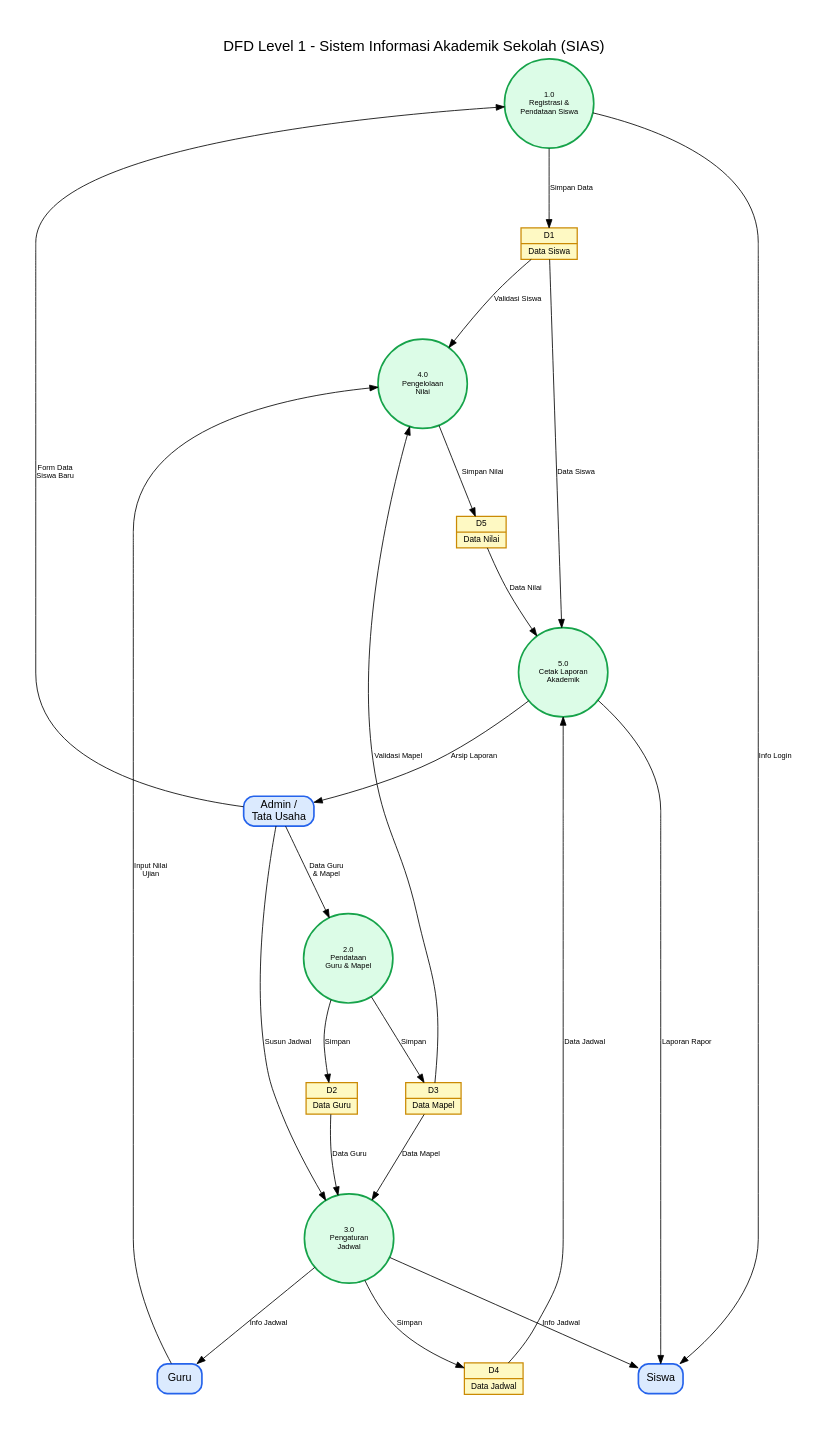
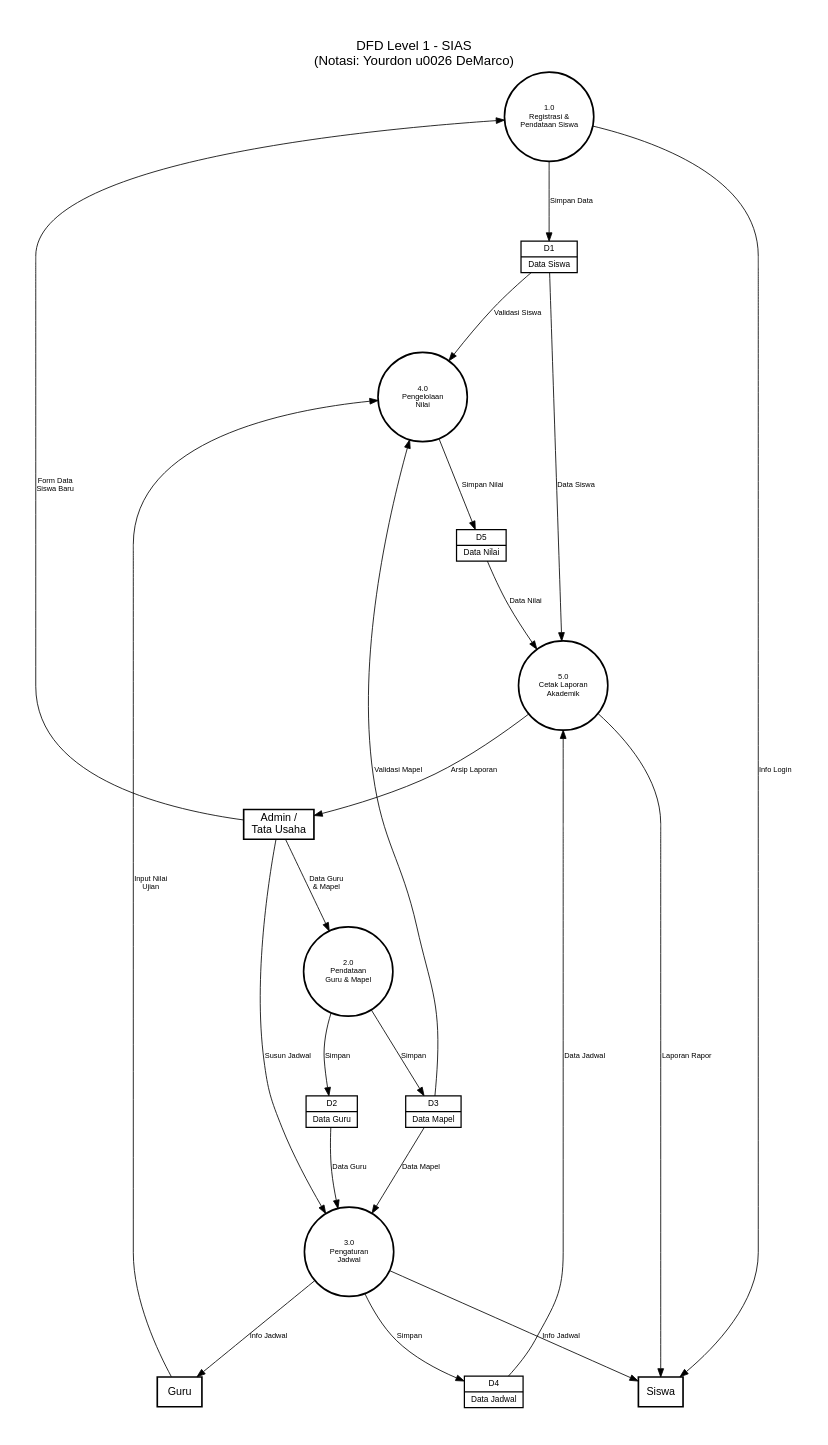
The diagram in graphviz/dfd_level_1.dot (Aruh1/sias), drawn with Graphviz before and after one commit. The commit also changed 15 other files, not shown here.

Commit message:
update to Yourdon/DeMarco

```diff
--- a/graphviz/dfd_level_1.dot
+++ b/graphviz/dfd_level_1.dot
@@ -1,72 +1,67 @@
 // DFD Level 1 - Sistem Informasi Akademik Sekolah (SIAS)
+// Notasi: Yourdon & DeMarco
+// Data Store = record terbuka (dua garis paralel)
 digraph DFD_Level_1 {
     graph [bgcolor=white, fontname="Arial", pad=0.5, nodesep=0.8, ranksep=1.2,
-           label="DFD Level 1 - Sistem Informasi Akademik Sekolah (SIAS)",
-           labelloc=t, fontsize=18, fontcolor=black];
+           label="DFD Level 1 - SIAS\n(Notasi: Yourdon \u0026 DeMarco)",
+           labelloc=t, fontsize=16, fontcolor=black];
     node [fontname="Arial", fontcolor=black, color=black];
     edge [fontname="Arial", fontcolor=black, color=black, fontsize=9];
 
-    // ── Entitas Eksternal ──
-    Siswa [shape=box, style="filled,rounded", fillcolor="#dbeafe", color="#2563eb",
-           label="Siswa", fontsize=13, penwidth=2];
-    Guru [shape=box, style="filled,rounded", fillcolor="#dbeafe", color="#2563eb",
-          label="Guru", fontsize=13, penwidth=2];
-    Admin [shape=box, style="filled,rounded", fillcolor="#dbeafe", color="#2563eb",
-           label="Admin /\nTata Usaha", fontsize=13, penwidth=2];
+    // ── Entitas Eksternal (kotak persegi) ──
+    Siswa [shape=box, label="Siswa", fontsize=13, penwidth=2];
+    Guru [shape=box, label="Guru", fontsize=13, penwidth=2];
+    Admin [shape=box, label="Admin /\nTata Usaha", fontsize=13, penwidth=2];
 
-    // ── Proses ──
-    P1 [shape=circle, style=filled, fillcolor="#dcfce7", color="#16a34a",
-        label="1.0\nRegistrasi &\nPendataan Siswa", fontsize=9, penwidth=2, width=1.5, fixedsize=true];
-    P2 [shape=circle, style=filled, fillcolor="#dcfce7", color="#16a34a",
-        label="2.0\nPendataan\nGuru & Mapel", fontsize=9, penwidth=2, width=1.5, fixedsize=true];
-    P3 [shape=circle, style=filled, fillcolor="#dcfce7", color="#16a34a",
-        label="3.0\nPengaturan\nJadwal", fontsize=9, penwidth=2, width=1.5, fixedsize=true];
-    P4 [shape=circle, style=filled, fillcolor="#dcfce7", color="#16a34a",
-        label="4.0\nPengelolaan\nNilai", fontsize=9, penwidth=2, width=1.5, fixedsize=true];
-    P5 [shape=circle, style=filled, fillcolor="#dcfce7", color="#16a34a",
-        label="5.0\nCetak Laporan\nAkademik", fontsize=9, penwidth=2, width=1.5, fixedsize=true];
+    // ── Proses (lingkaran / bubble) ──
+    P1 [shape=circle, label="1.0\nRegistrasi &\nPendataan Siswa",
+        fontsize=9, penwidth=2, width=1.5, fixedsize=true];
+    P2 [shape=circle, label="2.0\nPendataan\nGuru & Mapel",
+        fontsize=9, penwidth=2, width=1.5, fixedsize=true];
+    P3 [shape=circle, label="3.0\nPengaturan\nJadwal",
+        fontsize=9, penwidth=2, width=1.5, fixedsize=true];
+    P4 [shape=circle, label="4.0\nPengelolaan\nNilai",
+        fontsize=9, penwidth=2, width=1.5, fixedsize=true];
+    P5 [shape=circle, label="5.0\nCetak Laporan\nAkademik",
+        fontsize=9, penwidth=2, width=1.5, fixedsize=true];
 
-    // ── Data Store ──
-    D1 [shape=record, style=filled, fillcolor="#fef9c3", color="#ca8a04",
-        label="{D1|Data Siswa}", fontsize=10, penwidth=1.5];
-    D2 [shape=record, style=filled, fillcolor="#fef9c3", color="#ca8a04",
-        label="{D2|Data Guru}", fontsize=10, penwidth=1.5];
-    D3 [shape=record, style=filled, fillcolor="#fef9c3", color="#ca8a04",
-        label="{D3|Data Mapel}", fontsize=10, penwidth=1.5];
-    D4 [shape=record, style=filled, fillcolor="#fef9c3", color="#ca8a04",
-        label="{D4|Data Jadwal}", fontsize=10, penwidth=1.5];
-    D5 [shape=record, style=filled, fillcolor="#fef9c3", color="#ca8a04",
-        label="{D5|Data Nilai}", fontsize=10, penwidth=1.5];
+    // ── Data Store (Yourdon/DeMarco: dua garis, terbuka di kanan) ──
+    // Menggunakan shape=record untuk meniru garis paralel
+    D1 [shape=record, label="{D1 | Data Siswa}", fontsize=10, penwidth=1.5,
+        style=""];
+    D2 [shape=record, label="{D2 | Data Guru}", fontsize=10, penwidth=1.5,
+        style=""];
+    D3 [shape=record, label="{D3 | Data Mapel}", fontsize=10, penwidth=1.5,
+        style=""];
+    D4 [shape=record, label="{D4 | Data Jadwal}", fontsize=10, penwidth=1.5,
+        style=""];
+    D5 [shape=record, label="{D5 | Data Nilai}", fontsize=10, penwidth=1.5,
+        style=""];
 
     // ── Aliran Data ──
-    // P1: Registrasi
     Admin -> P1 [label="Form Data\nSiswa Baru"];
     P1 -> D1 [label="Simpan Data"];
     P1 -> Siswa [label="Info Login"];
 
-    // P2: Pendataan Guru & Mapel
     Admin -> P2 [label="Data Guru\n& Mapel"];
     P2 -> D2 [label="Simpan"];
     P2 -> D3 [label="Simpan"];
 
-    // P3: Pengaturan Jadwal
     Admin -> P3 [label="Susun Jadwal"];
     D2 -> P3 [label="Data Guru"];
     D3 -> P3 [label="Data Mapel"];
     P3 -> D4 [label="Simpan"];
     P3 -> Siswa [label="Info Jadwal"];
     P3 -> Guru [label="Info Jadwal"];
 
-    // P4: Pengelolaan Nilai
     Guru -> P4 [label="Input Nilai\nUjian"];
     D1 -> P4 [label="Validasi Siswa"];
     D3 -> P4 [label="Validasi Mapel"];
     P4 -> D5 [label="Simpan Nilai"];
 
-    // P5: Cetak Laporan
     D1 -> P5 [label="Data Siswa"];
     D4 -> P5 [label="Data Jadwal"];
     D5 -> P5 [label="Data Nilai"];
     P5 -> Siswa [label="Laporan Rapor"];
     P5 -> Admin [label="Arsip Laporan"];
 }
```
